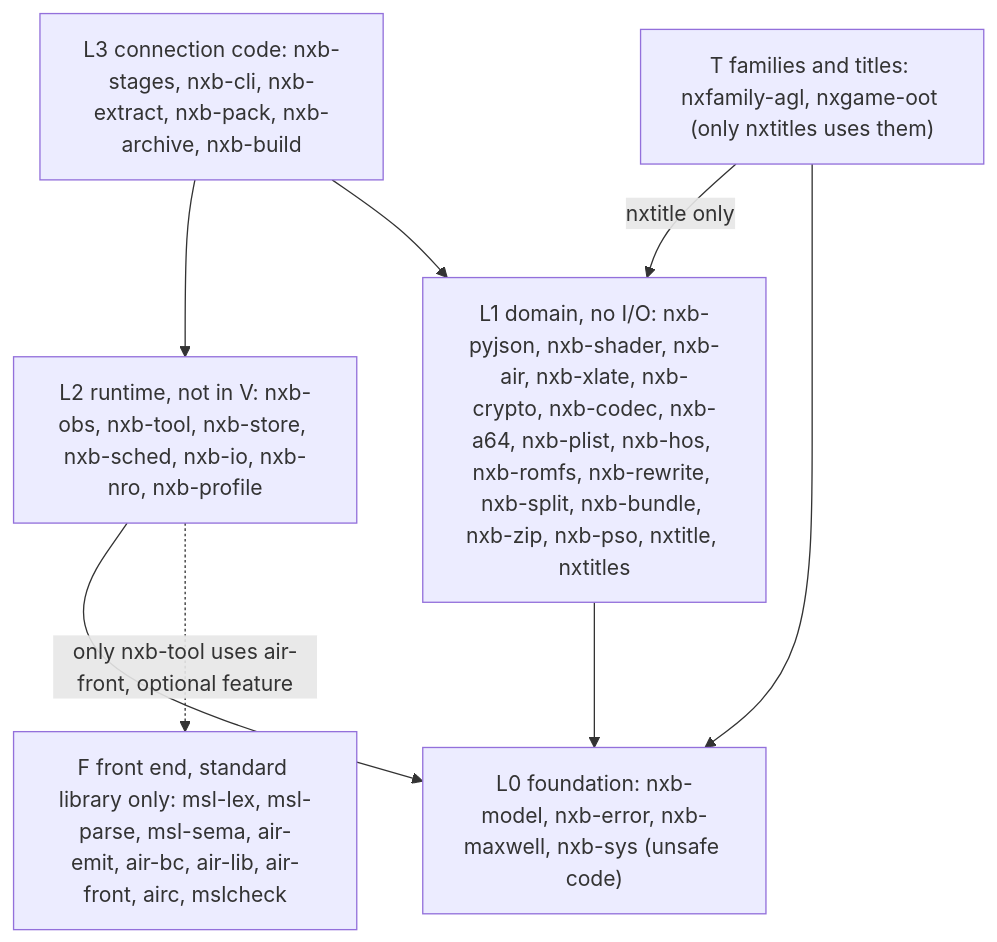
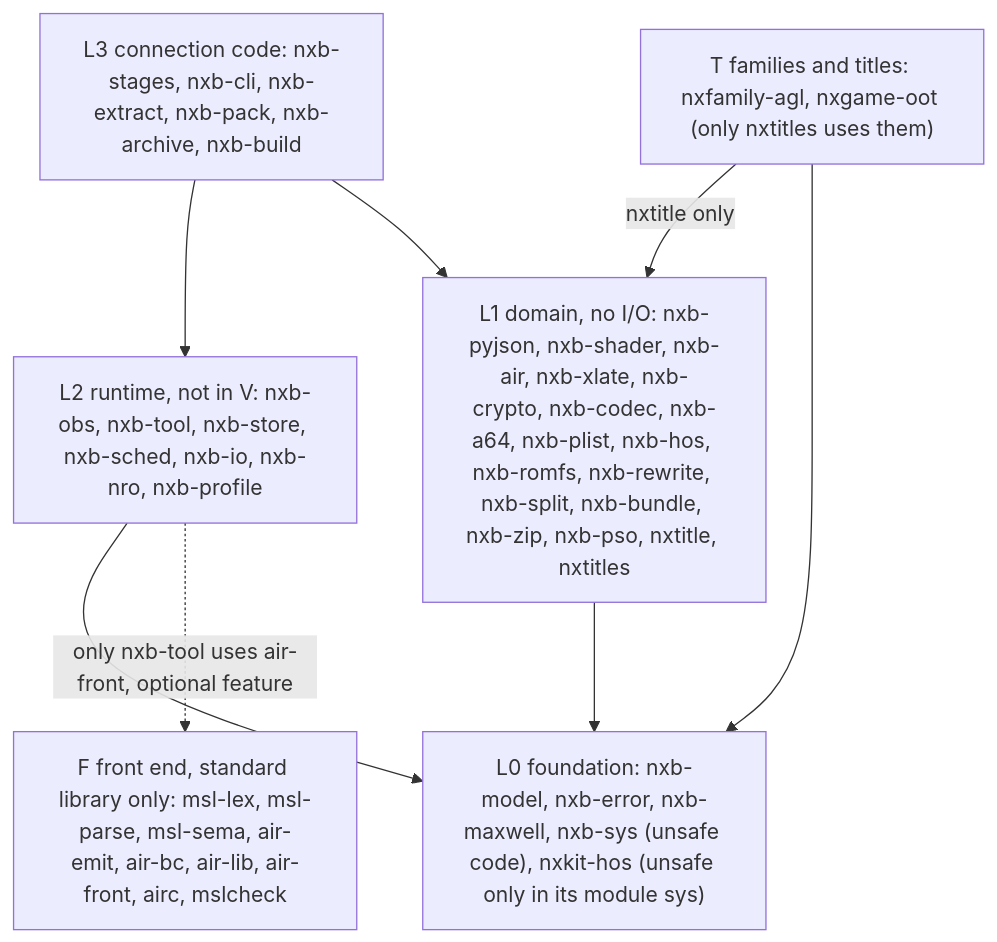
Before and after one commit to b4f8abbb24dbf56a7d0280f296e16eeb/nxkit: the first of 2 diagrams in docs/architecture.md, drawn with Mermaid. The commit also changed other lines of this file and 21 other files, not shown here.

First line of the commit message:
Add nxkit-hos, the Horizon thread model of the nxkit host

````diff
--- a/docs/architecture.md
+++ b/docs/architecture.md
@@ -19,14 +19,14 @@
 ```mermaid
 flowchart TD
   L3["L3 connection code: nxb-stages, nxb-cli, nxb-extract, nxb-pack, nxb-archive, nxb-build"]
   L2["L2 runtime, not in V: nxb-obs, nxb-tool, nxb-store, nxb-sched, nxb-io, nxb-nro, nxb-profile"]
   L1["L1 domain, no I/O: nxb-pyjson, nxb-shader, nxb-air, nxb-xlate, nxb-crypto, nxb-codec, nxb-a64, nxb-plist, nxb-hos, nxb-romfs, nxb-rewrite, nxb-split, nxb-bundle, nxb-zip, nxb-pso, nxtitle, nxtitles"]
-  L0["L0 foundation: nxb-model, nxb-error, nxb-maxwell, nxb-sys (unsafe code)"]
+  L0["L0 foundation: nxb-model, nxb-error, nxb-maxwell, nxb-sys (unsafe code), nxkit-hos (unsafe only in its module sys)"]
   LT["T families and titles: nxfamily-agl, nxgame-oot (only nxtitles uses them)"]
   LF["F front end, standard library only: msl-lex, msl-parse, msl-sema, air-emit, air-bc, air-lib, air-front, airc, mslcheck"]
   L3 --> L2 --> L0
   L3 --> L1 --> L0
   LT -->|nxtitle only| L1
   LT --> L0
   L2 -.->|only nxb-tool uses air-front, optional feature| LF
 ```
````
